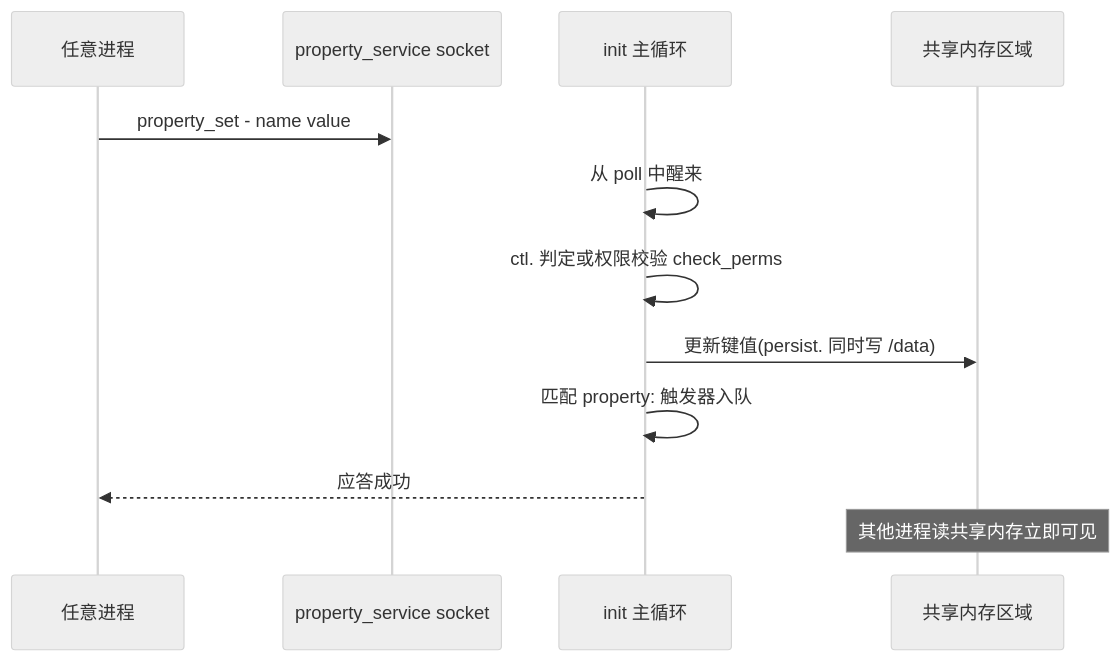
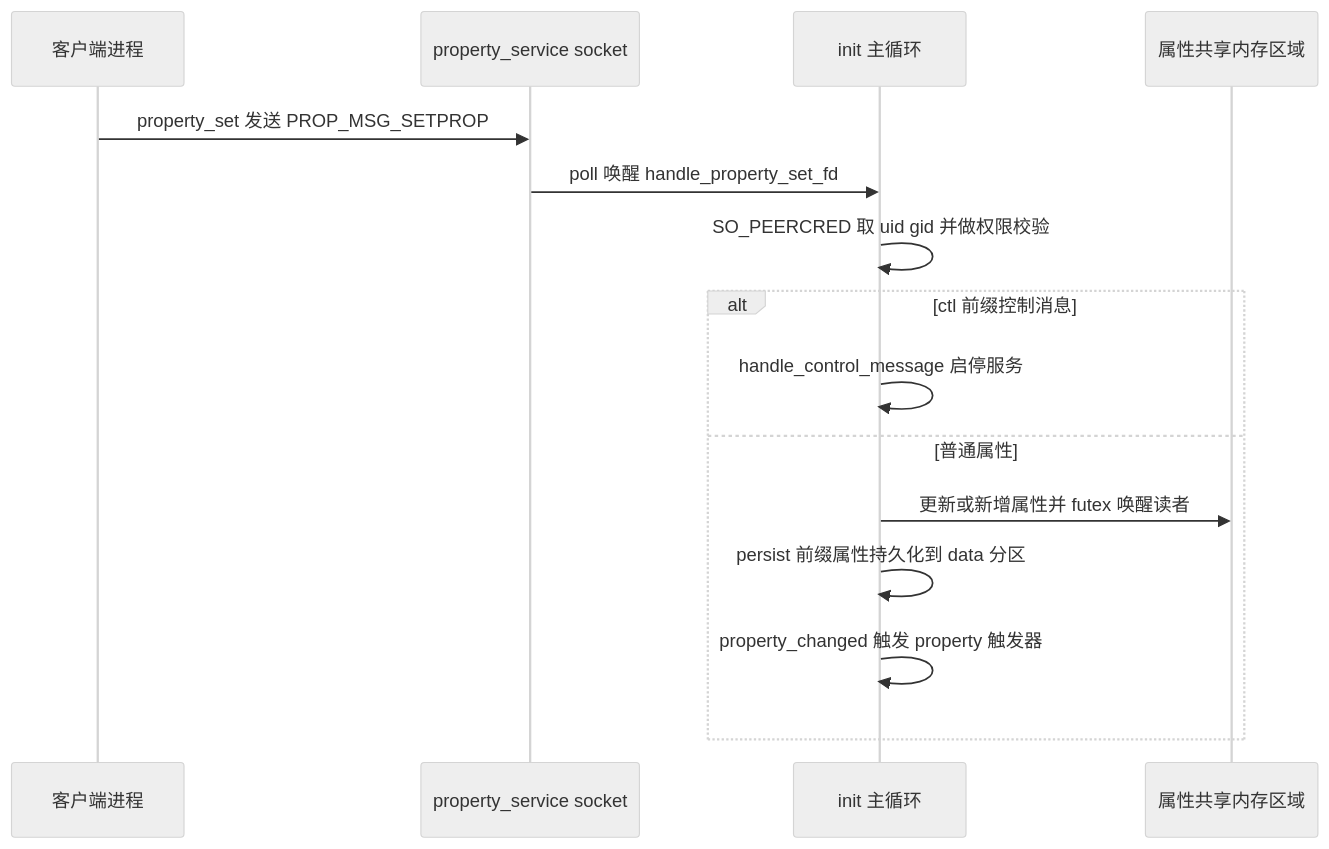
One commit to coswit/coswit.github.io changed the diagram in Android/深入理解Android卷I/02-深入理解init.md. Above: the diagram before and after it, drawn with Mermaid (neutral theme). The commit also changed other lines of this file and 81 other files, not shown here.

````diff
--- a/Android/深入理解Android卷I/02-深入理解init.md
+++ b/Android/深入理解Android卷I/02-深入理解init.md
@@ -133,14 +831,17 @@
 ```mermaid
 sequenceDiagram
-    participant App as 任意进程
-    participant Sock as property_service socket
-    participant Init as init 主循环
-    participant Mem as 共享内存区域
-    App->>Sock: property_set - name value
-    Init->>Init: 从 poll 中醒来
-    Init->>Init: ctl. 判定或权限校验 check_perms
-    Init->>Mem: 更新键值(persist. 同时写 /data)
-    Init->>Init: 匹配 property: 触发器入队
-    Init-->>App: 应答成功
-    Note over Mem: 其他进程读共享内存立即可见
+    participant C as 客户端进程
+    participant S as property_service socket
+    participant I as init 主循环
+    participant M as 属性共享内存区域
+    C->>S: property_set 发送 PROP_MSG_SETPROP
+    S->>I: poll 唤醒 handle_property_set_fd
+    I->>I: SO_PEERCRED 取 uid gid 并做权限校验
+    alt ctl 前缀控制消息
+        I->>I: handle_control_message 启停服务
+    else 普通属性
+        I->>M: 更新或新增属性并 futex 唤醒读者
+        I->>I: persist 前缀属性持久化到 data 分区
+        I->>I: property_changed 触发 property 触发器
+    end
 ```
````
